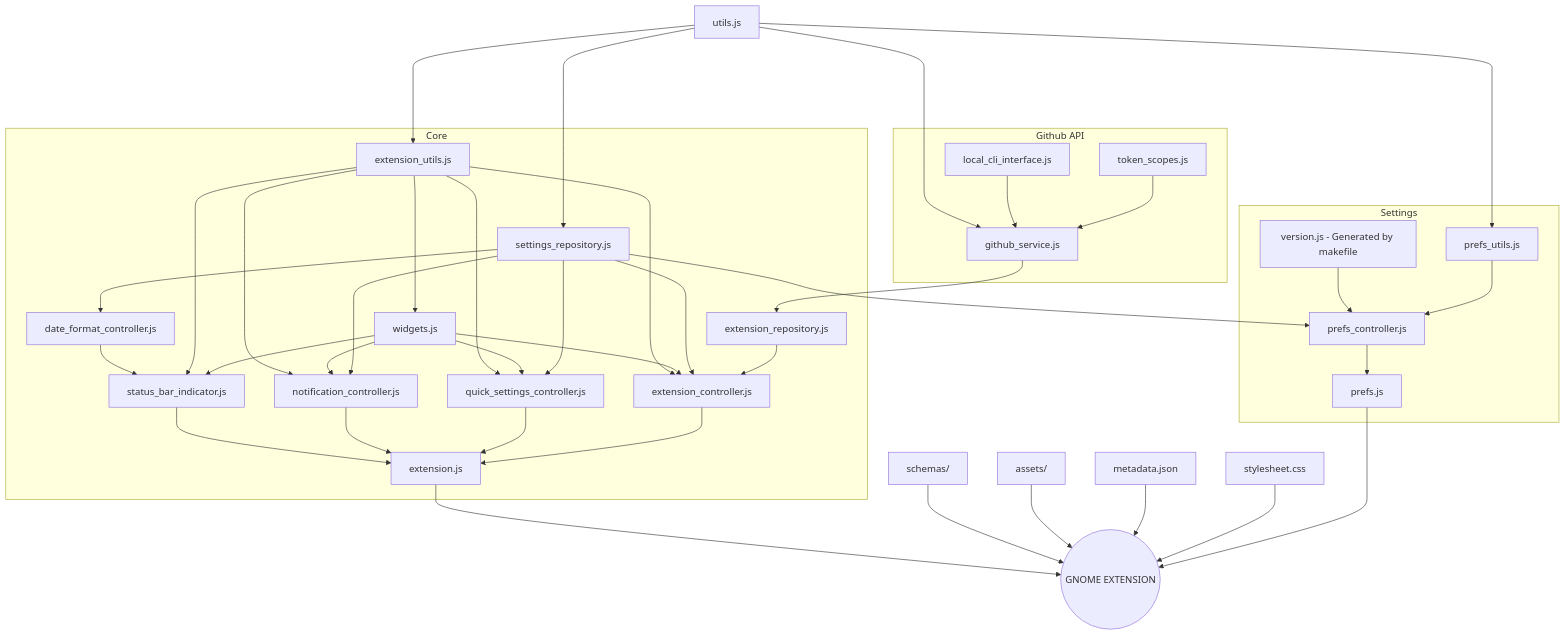
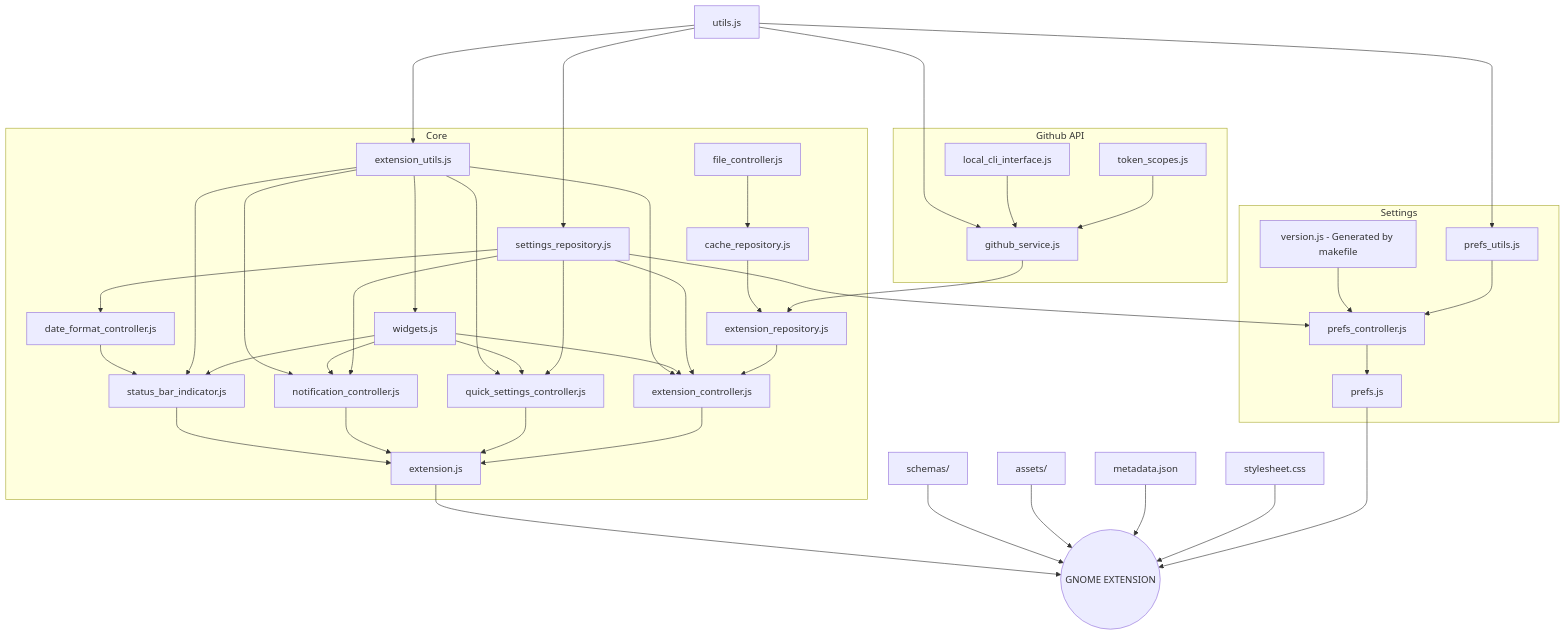
Before and after one commit to arononak/github-actions-gnome-extension: the diagram in README.md, drawn with Mermaid. The commit also changed 3 other files, not shown here.

````diff
--- a/README.md
+++ b/README.md
@@ -39,66 +39,70 @@
 ```mermaid
 graph TD
     utils.js---->extension_utils.js
     utils.js---->github_service.js
     utils.js---->prefs_utils.js
     utils.js---->settings_repository.js
     extension_utils.js--->widgets.js
     settings_repository.js-->date_format_controller.js
     date_format_controller.js-->status_bar_indicator.js
     extension_utils.js-->extension_controller.js
     extension_utils.js-->status_bar_indicator.js
     extension_utils.js-->quick_settings_controller.js
     extension_utils.js-->notification_controller.js
     widgets.js-->extension_controller.js
     widgets.js-->status_bar_indicator.js
     widgets.js-->quick_settings_controller.js
     widgets.js-->notification_controller.js
     settings_repository.js-->extension_controller.js
     local_cli_interface.js-->github_service.js
     token_scopes.js-->github_service.js
+    file_controller.js-->cache_repository.js
+    cache_repository.js-->extension_repository.js
     github_service.js-->extension_repository.js
     extension_repository.js-->extension_controller.js
     settings_repository.js-->quick_settings_controller.js
     settings_repository.js-->notification_controller.js
     settings_repository.js-->prefs_controller.js
     version.js[version.js - Generated by makefile]-->prefs_controller.js
     prefs_utils.js-->prefs_controller.js
     prefs_controller.js-->prefs.js
     status_bar_indicator.js-->extension.js
     notification_controller.js-->extension.js
     quick_settings_controller.js-->extension.js
     extension_controller.js-->extension.js
     
     extension.js-->EXTENSION((GNOME EXTENSION))
     schemas/-->EXTENSION((GNOME EXTENSION))
     assets/-->EXTENSION((GNOME EXTENSION))
     metadata.json-->EXTENSION((GNOME EXTENSION))
     stylesheet.css-->EXTENSION((GNOME EXTENSION))
     prefs.js-->EXTENSION((GNOME EXTENSION))
 
     subgraph "Settings"
         version.js
         prefs.js
         prefs_controller.js
         prefs_utils.js
     end
 
     subgraph "Github API"
         token_scopes.js
         local_cli_interface.js
         github_service.js
     end
 
     subgraph "Core"
         extension.js
         extension_controller.js
         quick_settings_controller.js
         notification_controller.js
         status_bar_indicator.js
         settings_repository.js
         widgets.js
         extension_utils.js
         extension_repository.js
         date_format_controller.js
+        file_controller.js
+        cache_repository.js
     end
 ```
````
